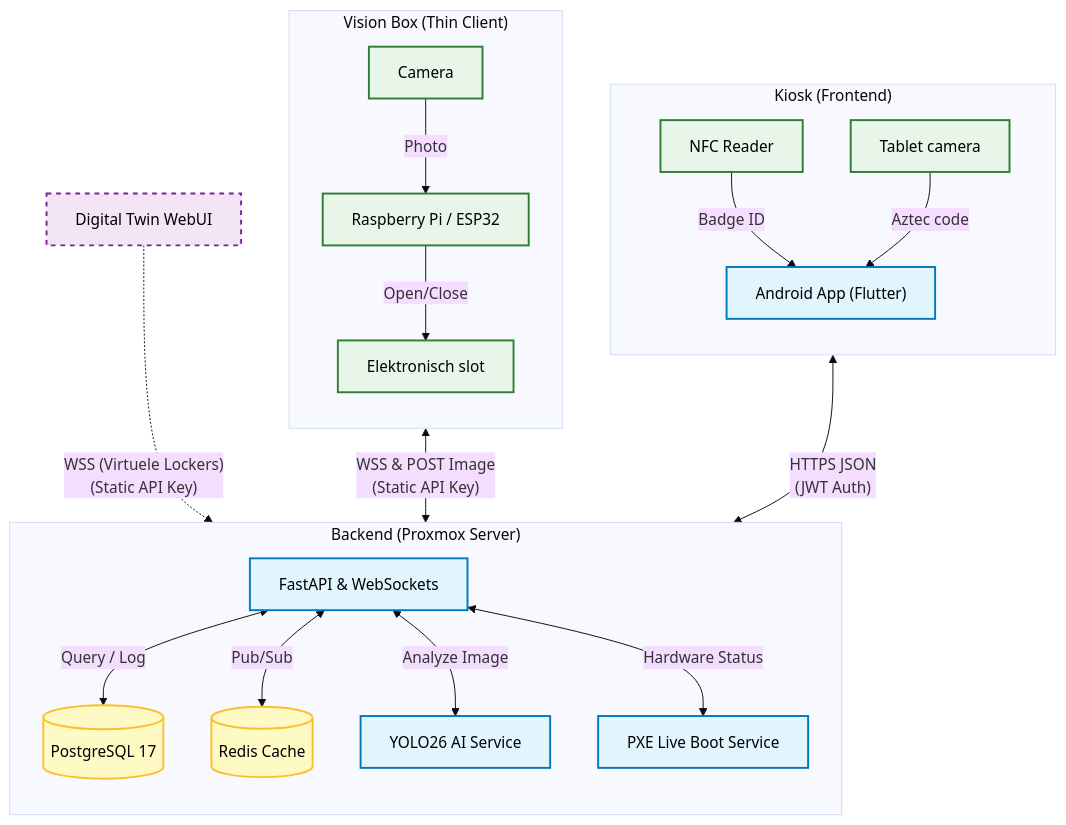
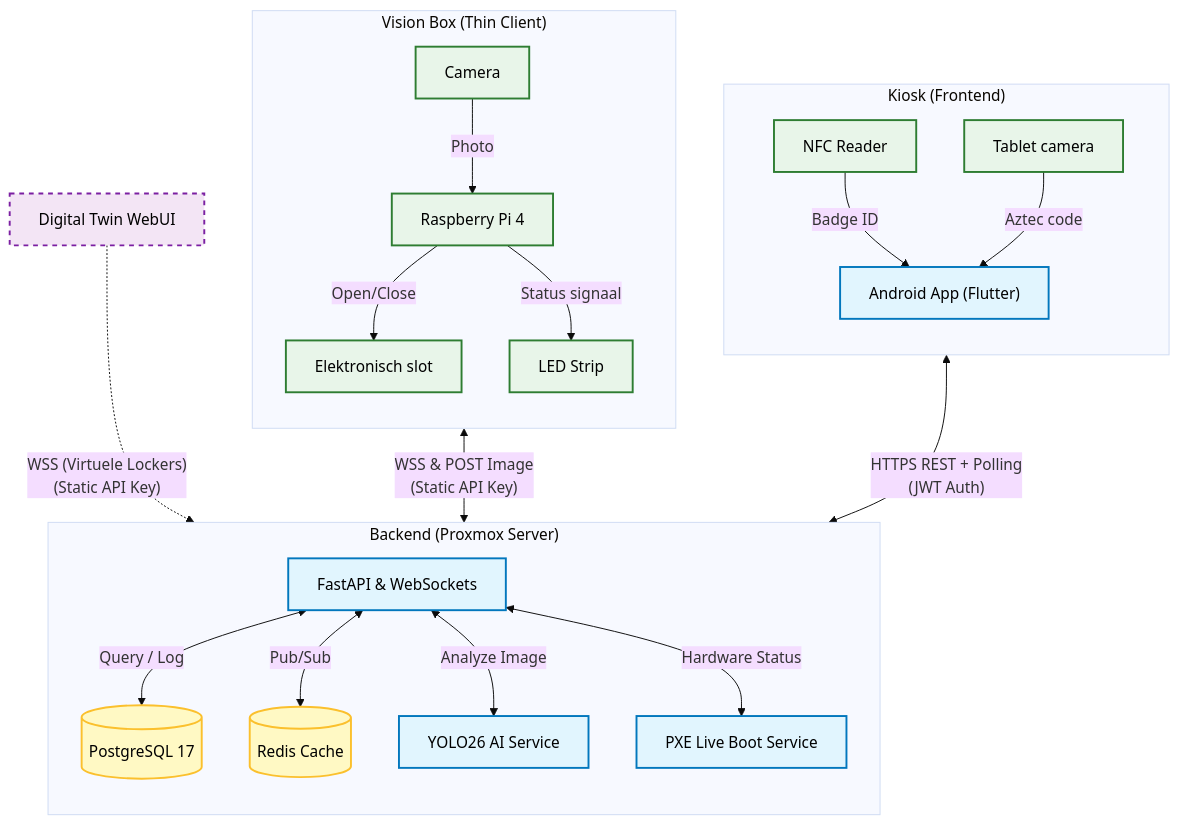
One commit to easylend-practice-enterprise/easylend changed the diagram in docs/architecture_logical.mmd. Above: the diagram before and after it, drawn with Mermaid (base theme). The commit also changed 4 other files, not shown here.

Commit message:
docs: align architecture.md logical topology with REST polling strategy

```diff
--- a/docs/architecture_logical.mmd
+++ b/docs/architecture_logical.mmd
@@ -1,57 +1,59 @@
 flowchart TD
     %% STIJLEN (Corporate & Clean)
     classDef soft fill:#E1F5FE,stroke:#0277BD,stroke-width:2px,color:#000;
     classDef hard fill:#E8F5E9,stroke:#2E7D32,stroke-width:2px,color:#000;
     classDef data fill:#FFF9C4,stroke:#FBC02d,stroke-width:2px,color:#000;
     classDef sim  fill:#F3E5F5,stroke:#7B1FA2,stroke-width:2px,stroke-dasharray: 5 5,color:#000;
 
-    %% --- DOMEIN 1: KIOSK (LINKS) ---
+    %% DOMEIN 1: KIOSK (LINKS)
     subgraph Kiosk ["Kiosk (Frontend)"]
         direction TB
         NFC[NFC Reader]:::hard
         CamTab["Tablet camera"]:::hard
         App["Android App (Flutter)"]:::soft
         
         NFC -->|Badge ID| App
         CamTab -->|Aztec code| App
     end
 
-    %% --- DOMEIN 2: BACKEND (MIDDEN) ---
+    %% DOMEIN 2: BACKEND (MIDDEN)
     subgraph Backend ["Backend (Proxmox Server)"]
         direction TB
         API["FastAPI & WebSockets"]:::soft
         AIService["YOLO26 AI Service"]:::soft
         PXE["PXE Live Boot Service"]:::soft
         DB[(PostgreSQL 17)]:::data
         Redis[(Redis Cache)]:::data
         
         API <-->|"Query / Log"| DB
         API <-->|"Pub/Sub"| Redis
         API <-->|"Analyze Image"| AIService
         API <-->|"Hardware Status"| PXE
     end
 
-    %% --- DOMEIN 3: VISION BOX (RECHTS) ---
+    %% DOMEIN 3: VISION BOX (RECHTS)
     subgraph Box ["Vision Box (Thin Client)"]
         direction TB
-        RPi["Raspberry Pi / ESP32"]:::hard
+        RPi["Raspberry Pi 4"]:::hard
         CamBox[Camera]:::hard
         Lock["Elektronisch slot"]:::hard
+        LED["LED Strip"]:::hard
         
         CamBox -->|Photo| RPi
         RPi -->|"Open/Close"| Lock
+        RPi -->|"Status signaal"| LED
     end
 
-    %% --- SIMULATIE (ONDER) ---
+    %% SIMULATIE (ONDER)
     Sim["Digital Twin WebUI"]:::sim
 
-    %% --- HOOFD VERBINDINGEN ---
+    %% HOOFD VERBINDINGEN
     
     %% Kiosk praat met API
-    App <-->|"HTTPS JSON<br/>(JWT Auth)"| API
+    App <-->|"HTTPS REST + Polling<br/>(JWT Auth)"| API
 
     %% API praat met Box
     RPi <-->|"WSS & POST Image<br/>(Static API Key)"| API
 
     %% Simulatie test de API
     Sim -.->|"WSS (Virtuele Lockers)<br/>(Static API Key)"| API
```
